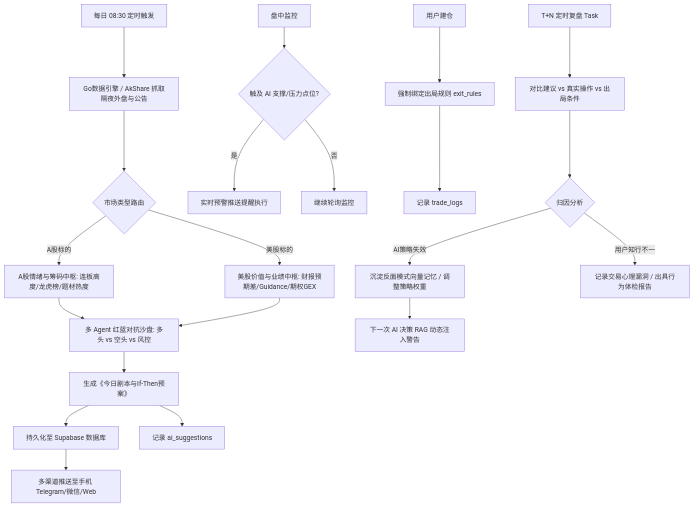
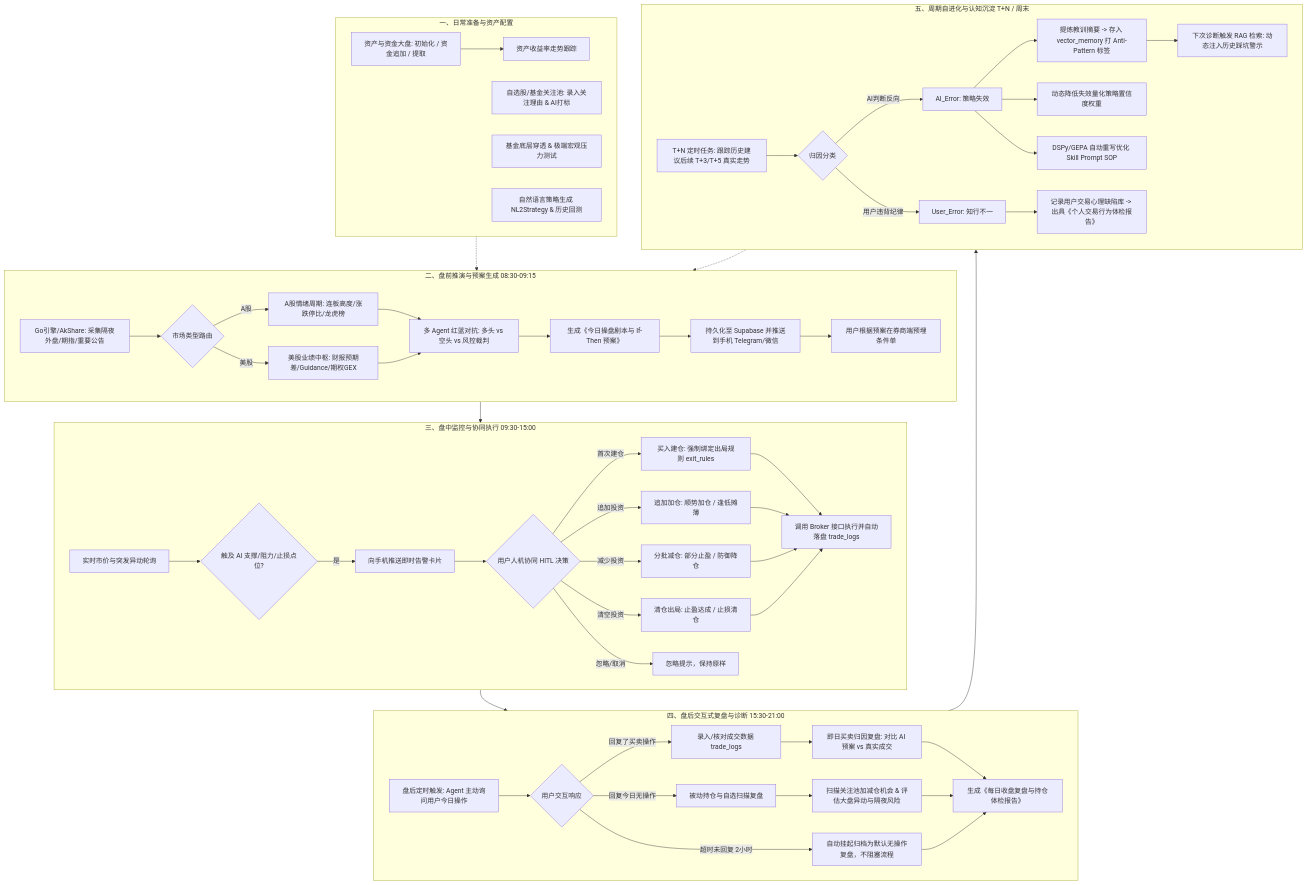
Before and after one commit to sinojelly/wealthsail: the first of 5 diagrams in docs/01.WealthSail投研平台需求文档.md, drawn with Mermaid. The commit also changed other lines of this file, not shown here.

````diff
--- a/docs/01.WealthSail投研平台需求文档.md
+++ b/docs/01.WealthSail投研平台需求文档.md
@@ -45,29 +49,73 @@
 ```mermaid
 flowchart TD
-    A[每日 08:30 定时触发] --> B[Go数据引擎 / AkShare 抓取隔夜外盘与公告]
-    B --> C{市场类型路由}
-    
-    C -- A股标的 --> D1[A股情绪与筹码中枢: 连板高度/龙虎榜/题材热度]
-    C -- 美股标的 --> D2[美股价值与业绩中枢: 财报预期差/Guidance/期权GEX]
-    
-    D1 --> E[多 Agent 红蓝对抗沙盘: 多头 vs 空头 vs 风控]
-    D2 --> E
-    
-    E --> F[生成《今日剧本与If-Then预案》]
-    F --> G[持久化至 Supabase 数据库]
-    G --> H[多渠道推送至手机 Telegram/微信/Web]
-    
-    I[盘中监控] --> J{触及 AI 支撑/压力点位?}
-    J -- 是 --> K[实时预警推送提醒执行]
-    J -- 否 --> L[继续轮询监控]
-    
-    M[用户建仓] --> N[强制绑定出局规则 exit_rules]
-    N --> O[记录 trade_logs]
-    F --> P[记录 ai_suggestions]
-    
-    Q[T+N 定时复盘 Task] --> R[对比建议 vs 真实操作 vs 出局条件]
-    R --> S{归因分析}
-    S -- AI策略失效 --> T[沉淀反面模式向量记忆 / 调整策略权重]
-    S -- 用户知行不一 --> U[记录交易心理漏洞 / 出具行为体检报告]
-    T --> V[下一次 AI 决策 RAG 动态注入警告]
+    %% 阶段一：投前准备与资产管理
+    subgraph Phase1[一、日常准备与资产配置]
+        A1[资产与资金大盘: 初始化 / 资金追加 / 提取] --> A2[资产收益率走势跟踪]
+        A3[自选股/基金关注池: 录入关注理由 & AI打标]
+        A4[基金底层穿透 & 极端宏观压力测试]
+        A5[自然语言策略生成 NL2Strategy & 历史回测]
+    end
+
+    %% 阶段二：盘前推演与预案生成
+    subgraph Phase2[二、盘前推演与预案生成 08:30-09:15]
+        B1[Go引擎/AkShare: 采集隔夜外盘/期指/重要公告] --> B2{市场类型路由}
+        B2 -- A股 --> B3[A股情绪周期: 连板高度/涨跌停比/龙虎榜]
+        B2 -- 美股 --> B4[美股业绩中枢: 财报预期差/Guidance/期权GEX]
+        B3 --> B5[多 Agent 红蓝对抗: 多头 vs 空头 vs 风控裁判]
+        B4 --> B5
+        B5 --> B6[生成《今日操盘剧本与 If-Then 预案》]
+        B6 --> B7[持久化至 Supabase 并推送到手机 Telegram/微信]
+        B7 --> B8[用户根据预案在券商端预埋条件单]
+    end
+
+    %% 阶段三：盘中盯盘与协同执行
+    subgraph Phase3[三、盘中监控与协同执行 09:30-15:00]
+        C1[实时市价与突发异动轮询] --> C2{触及 AI 支撑/阻力/止损点位?}
+        C2 -- 是 --> C3[向手机推送即时告警卡片]
+        C3 --> C4{用户人机协同 HITL 决策}
+        
+        C4 -- 首次建仓 --> C5[买入建仓: 强制绑定出局规则 exit_rules]
+        C4 -- 追加投资 --> C6[追加加仓: 顺势加仓 / 逢低摊薄]
+        C4 -- 减少投资 --> C7[分批减仓: 部分止盈 / 防御降仓]
+        C4 -- 清空投资 --> C8[清仓出局: 止盈达成 / 止损清仓]
+        C4 -- 忽略/取消 --> C9[忽略提示，保持原样]
+        
+        C5 & C6 & C7 & C8 --> C10[调用 Broker 接口执行并自动落盘 trade_logs]
+    end
+
+    %% 阶段四：盘后交互式复盘与诊断
+    subgraph Phase4[四、盘后交互式复盘与诊断 15:30-21:00]
+        D1[盘后定时触发: Agent 主动询问用户今日操作] --> D2{用户交互响应}
+        
+        D2 -- 回复了买卖操作 --> D3[录入/核对成交数据 trade_logs]
+        D3 --> D4[即日买卖归因复盘: 对比 AI 预案 vs 真实成交]
+        
+        D2 -- 回复今日无操作 --> D5[被动持仓与自选扫描复盘]
+        D5 --> D6[扫描关注池加减仓机会 & 评估大盘异动与隔夜风险]
+        
+        D2 -- 超时未回复 2小时 --> D7[自动挂起归档为默认无操作复盘，不阻塞流程]
+        
+        D4 & D6 & D7 --> D8[生成《每日收盘复盘与持仓体检报告》]
+    end
+
+    %% 阶段五：周期性自进化与认知沉淀
+    subgraph Phase5[五、周期自进化与认知沉淀 T+N / 周末]
+        E1[T+N 定时任务: 跟踪历史建议后续 T+3/T+5 真实走势] --> E2{归因分类}
+        E2 -- AI判断反向 --> E3[AI_Error: 策略失效]
+        E2 -- 用户违背纪律 --> E4[User_Error: 知行不一]
+        
+        E3 --> E5[提炼教训摘要 -> 存入 vector_memory 打 Anti-Pattern 标签]
+        E3 --> E6[动态降低失效量化策略置信度权重]
+        E3 --> E7[DSPy/GEPA 自动重写优化 Skill Prompt SOP]
+        
+        E4 --> E8[记录用户交易心理缺陷库 -> 出具《个人交易行为体检报告》]
+        
+        E5 --> E9[下次诊断触发 RAG 检索: 动态注入历史踩坑警示]
+    end
+
+    Phase1 -.-> Phase2
+    Phase2 --> Phase3
+    Phase3 --> Phase4
+    Phase4 --> Phase5
+    Phase5 -.-> Phase2
 ```
````
